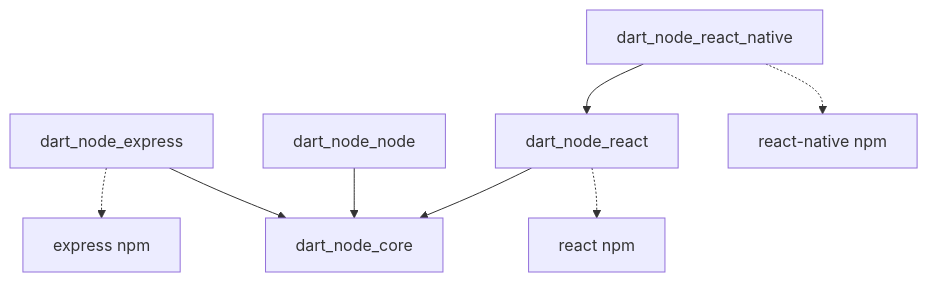
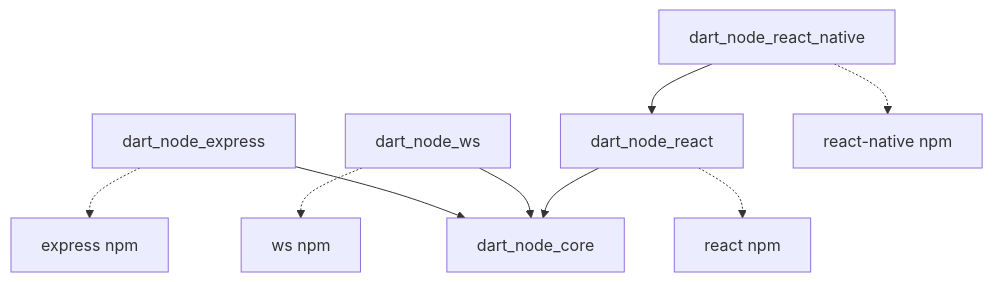
Before and after one commit to ajayi-joseph/dart_node: the diagram in packages/dart_node_core/README.md, drawn with Mermaid. The commit also changed 19 other files, not shown here.

````diff
--- a/packages/dart_node_core/README.md
+++ b/packages/dart_node_core/README.md
@@ -9,10 +9,11 @@
 ```mermaid
 graph TD
     B[dart_node_express] --> A[dart_node_core]
-    C[dart_node_node] --> A
+    C[dart_node_ws] --> A
     D[dart_node_react] --> A
     E[dart_node_react_native] --> D
     B -.-> F[express npm]
-    D -.-> G[react npm]
-    E -.-> H[react-native npm]
+    C -.-> G[ws npm]
+    D -.-> H[react npm]
+    E -.-> I[react-native npm]
 ```
````
